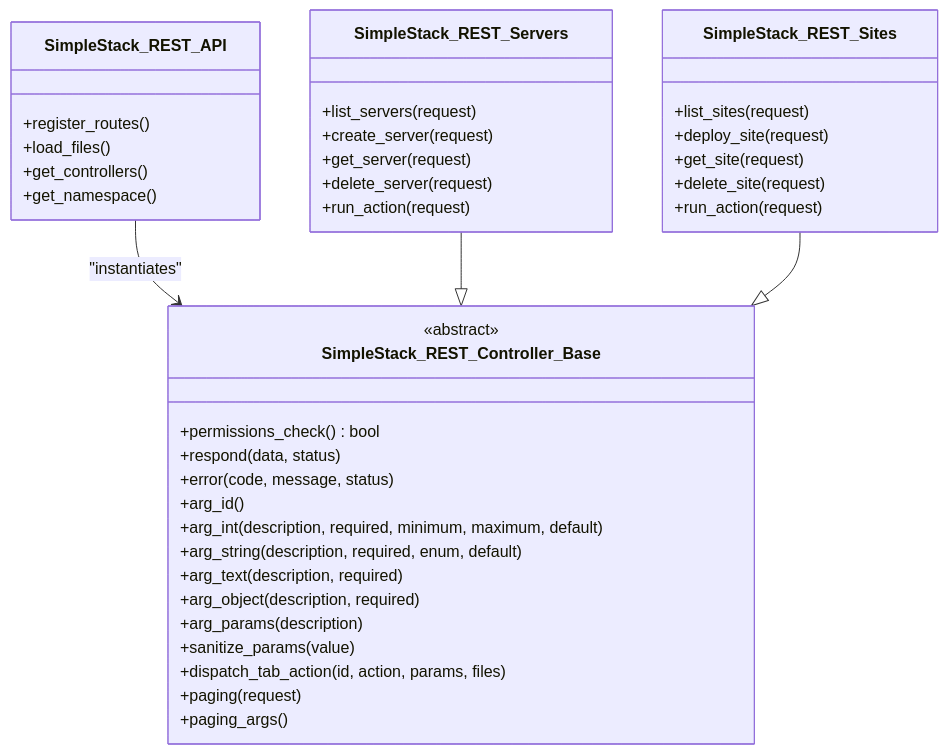
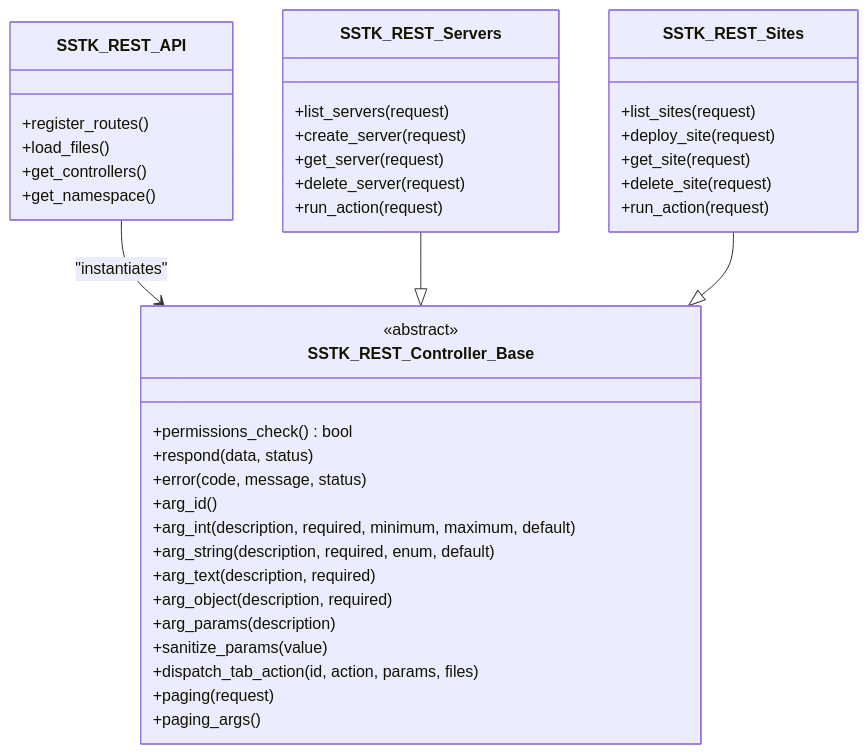
The fifth of 10 diagrams in .qoder/repowiki/en/content/System Architecture/System Architecture.md (onedogsolutions/simple-stack), drawn with Mermaid before and after one commit. The commit also changed other lines of this file and 5941 other files, not shown here.

First line of the commit message:
refactor(core): rebrand WPCloudDeploy to Simple Stack with new namespaces and prefixes

````diff
--- a/.qoder/repowiki/en/content/System Architecture/System Architecture.md
+++ b/.qoder/repowiki/en/content/System Architecture/System Architecture.md
@@ -246,42 +246,42 @@
 ```mermaid
 classDiagram
-class SimpleStack_REST_API {
+class SSTK_REST_API {
 +register_routes()
 +load_files()
 +get_controllers()
 +get_namespace()
 }
-class SimpleStack_REST_Controller_Base {
+class SSTK_REST_Controller_Base {
 <<abstract>>
 +permissions_check() bool
 +respond(data, status)
 +error(code, message, status)
 +arg_id()
 +arg_int(description, required, minimum, maximum, default)
 +arg_string(description, required, enum, default)
 +arg_text(description, required)
 +arg_object(description, required)
 +arg_params(description)
 +sanitize_params(value)
 +dispatch_tab_action(id, action, params, files)
 +paging(request)
 +paging_args()
 }
-class SimpleStack_REST_Servers {
+class SSTK_REST_Servers {
 +list_servers(request)
 +create_server(request)
 +get_server(request)
 +delete_server(request)
 +run_action(request)
 }
-class SimpleStack_REST_Sites {
+class SSTK_REST_Sites {
 +list_sites(request)
 +deploy_site(request)
 +get_site(request)
 +delete_site(request)
 +run_action(request)
 }
-SimpleStack_REST_API --> SimpleStack_REST_Controller_Base : "instantiates"
-SimpleStack_REST_Servers --|> SimpleStack_REST_Controller_Base
-SimpleStack_REST_Sites --|> SimpleStack_REST_Controller_Base
+SSTK_REST_API --> SSTK_REST_Controller_Base : "instantiates"
+SSTK_REST_Servers --|> SSTK_REST_Controller_Base
+SSTK_REST_Sites --|> SSTK_REST_Controller_Base
 ```
````
